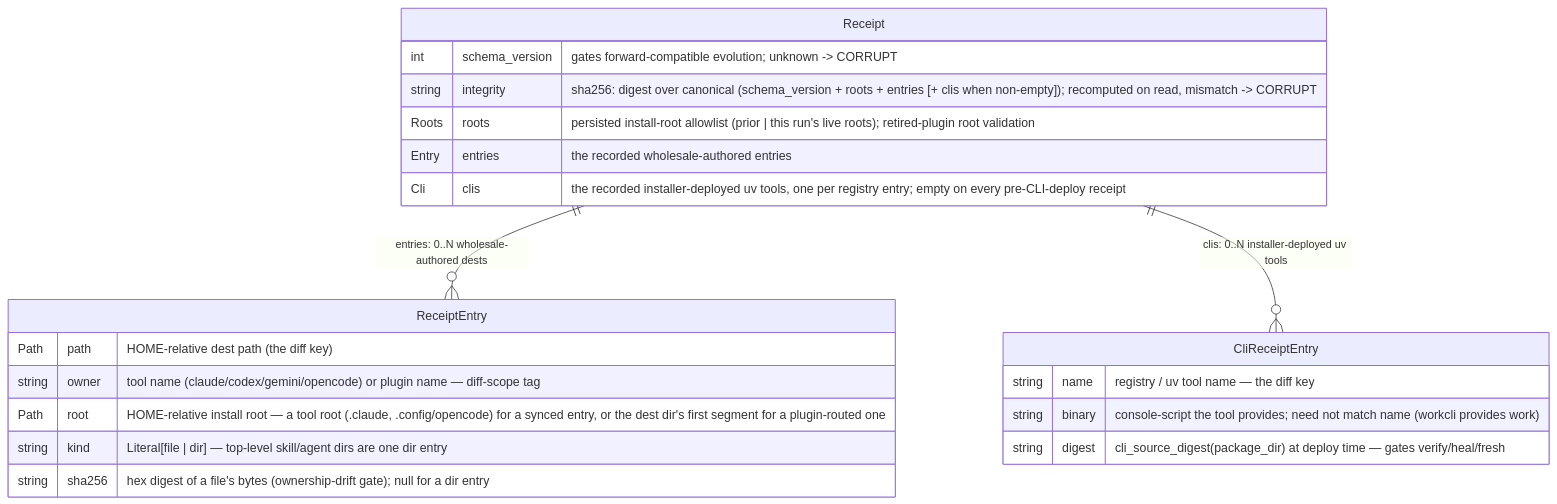
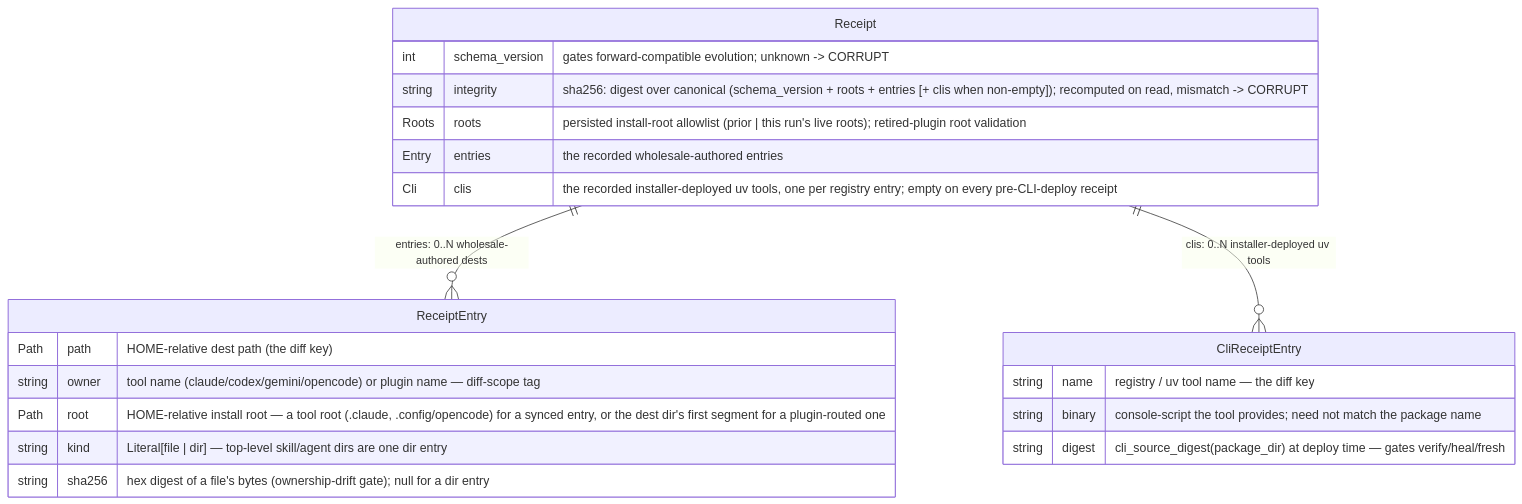
One commit to scotthamilton77/agents-config changed the second of 3 diagrams in docs/architecture/installer/data-view.md. Above: the diagram before and after it, drawn with Mermaid. The commit also changed 165 other files, not shown here.

````diff
--- a/docs/architecture/installer/data-view.md
+++ b/docs/architecture/installer/data-view.md
@@ -144,27 +144,27 @@
 ```mermaid
 erDiagram
     Receipt ||--o{ ReceiptEntry : "entries: 0..N wholesale-authored dests"
     Receipt ||--o{ CliReceiptEntry : "clis: 0..N installer-deployed uv tools"
 
     Receipt {
         int    schema_version  "gates forward-compatible evolution; unknown -> CORRUPT"
         string integrity       "sha256: digest over canonical (schema_version + roots + entries [+ clis when non-empty]); recomputed on read, mismatch -> CORRUPT"
         Roots  roots           "persisted install-root allowlist (prior | this run's live roots); retired-plugin root validation"
         Entry  entries         "the recorded wholesale-authored entries"
         Cli    clis            "the recorded installer-deployed uv tools, one per registry entry; empty on every pre-CLI-deploy receipt"
     }
 
     ReceiptEntry {
         Path   path    "HOME-relative dest path (the diff key)"
         string owner   "tool name (claude/codex/gemini/opencode) or plugin name — diff-scope tag"
         Path   root    "HOME-relative install root — a tool root (.claude, .config/opencode) for a synced entry, or the dest dir's first segment for a plugin-routed one"
         string kind    "Literal[file | dir] — top-level skill/agent dirs are one dir entry"
         string sha256  "hex digest of a file's bytes (ownership-drift gate); null for a dir entry"
     }
 
     CliReceiptEntry {
         string name    "registry / uv tool name — the diff key"
-        string binary  "console-script the tool provides; need not match name (workcli provides work)"
+        string binary  "console-script the tool provides; need not match the package name"
         string digest  "cli_source_digest(package_dir) at deploy time — gates verify/heal/fresh"
     }
 ```
````
